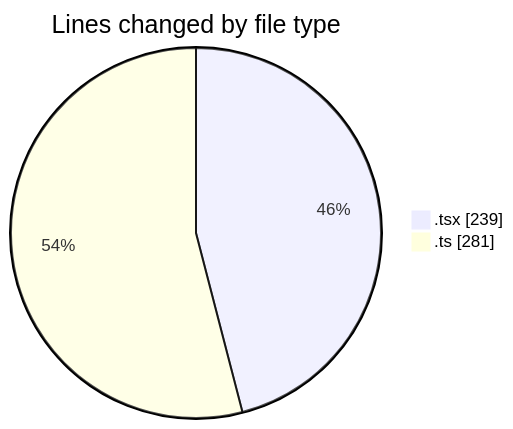
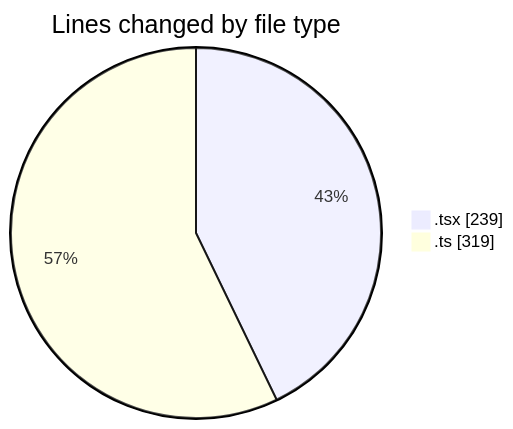
Before and after one commit to julien-gomy/code-tracking: the first of 2 diagrams in 2025-11-08/eventscop-frontend-guide__workspace_/README.md, drawn with Mermaid. The commit also changed other lines of this file and 1 other file, not shown here.

````diff
--- a/2025-11-08/eventscop-frontend-guide__workspace_/README.md
+++ b/2025-11-08/eventscop-frontend-guide__workspace_/README.md
@@ -25,6 +25,6 @@
 ```mermaid
 pie showData
 title Lines changed by file type
 ".tsx" : 239
-".ts" : 281
+".ts" : 319
 ```
````
